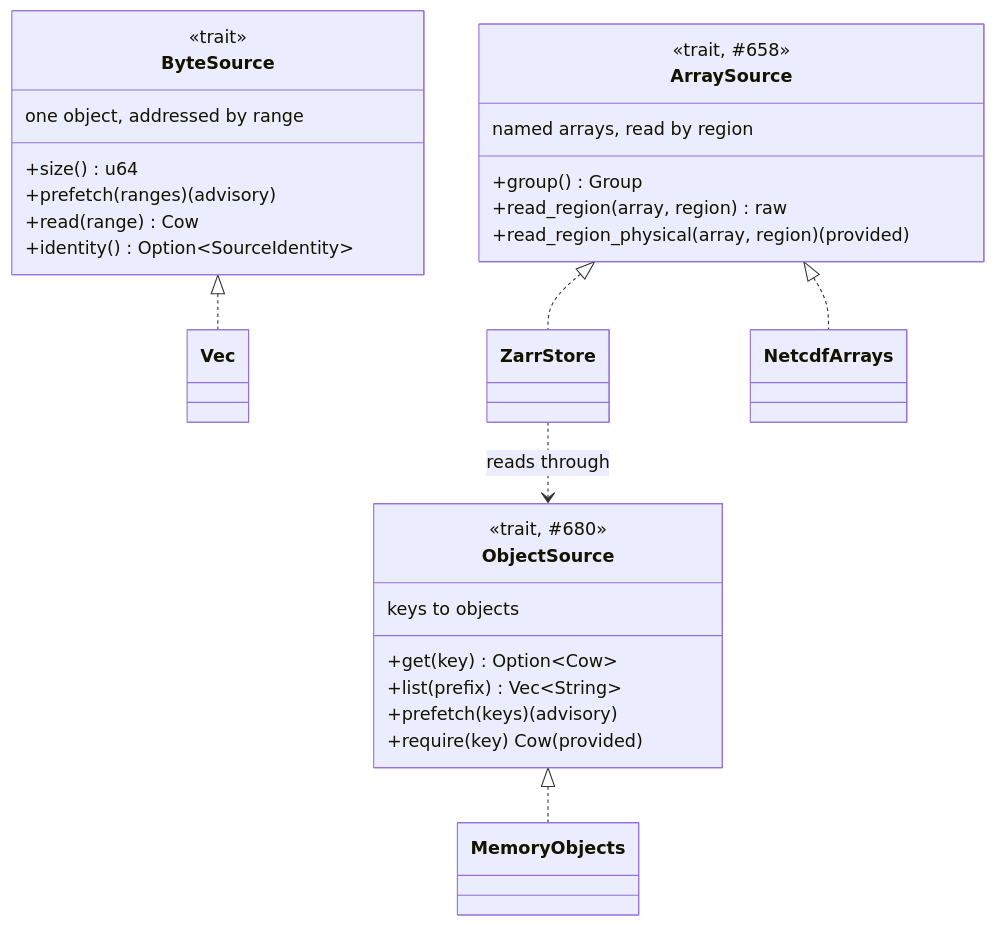
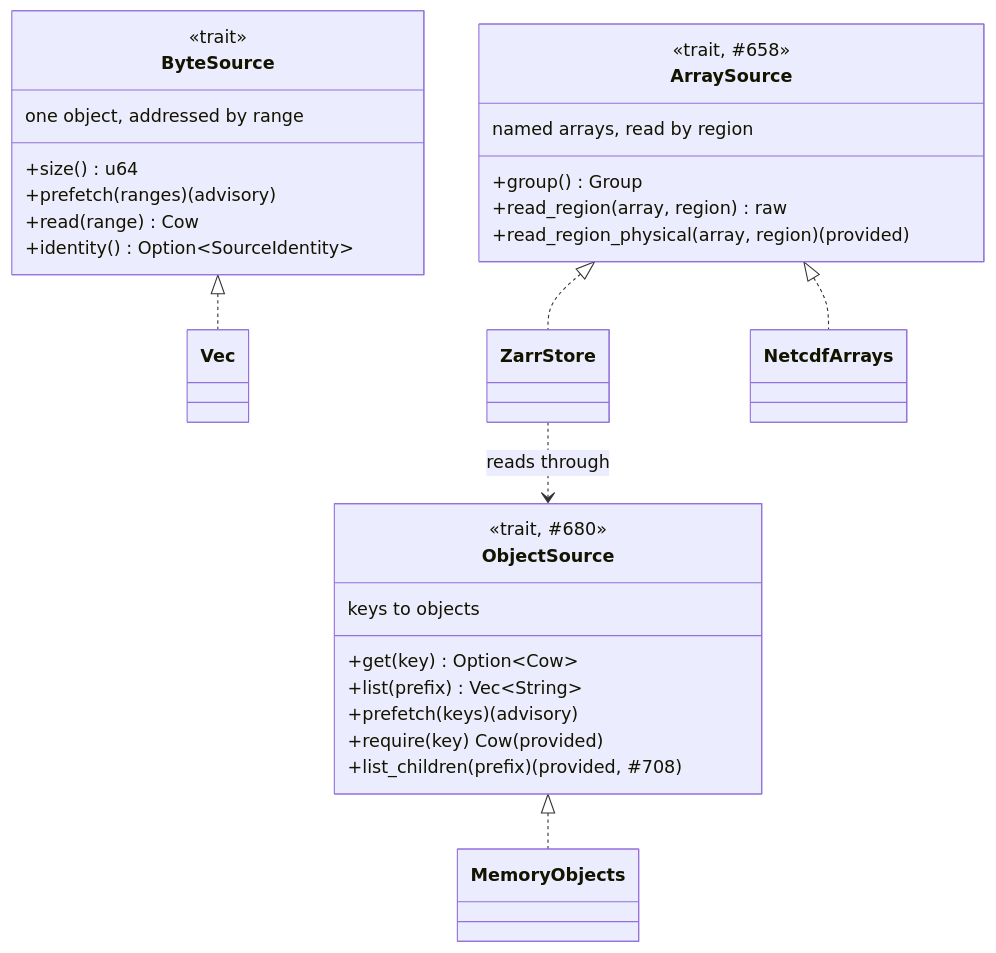
The first of 5 diagrams in docs/architecture/02-trait-seams.md (D0ubleD0uble/fieldglass), drawn with Mermaid before and after one commit. The commit also changed other lines of this file and 19 other files, not shown here.

````diff
--- a/docs/architecture/02-trait-seams.md
+++ b/docs/architecture/02-trait-seams.md
@@ -110,33 +134,34 @@
 ```mermaid
 classDiagram
     class ByteSource {
         <<trait>>
         one object, addressed by range
         +size() u64
         +prefetch(ranges) (advisory)
         +read(range) Cow
         +identity() Option~SourceIdentity~
     }
     class ObjectSource {
         <<trait, #680>>
         keys to objects
         +get(key) Option~Cow~
         +list(prefix) Vec~String~
         +prefetch(keys) (advisory)
         +require(key) Cow (provided)
+        +list_children(prefix) (provided, #708)
     }
 
     class ArraySource {
         <<trait, #658>>
         named arrays, read by region
         +group() Group
         +read_region(array, region) raw
         +read_region_physical(array, region) (provided)
     }
 
     ByteSource <|.. Vec
     ObjectSource <|.. MemoryObjects
     ArraySource <|.. ZarrStore
     ArraySource <|.. NetcdfArrays
     ZarrStore ..> ObjectSource : reads through
 ```
````
